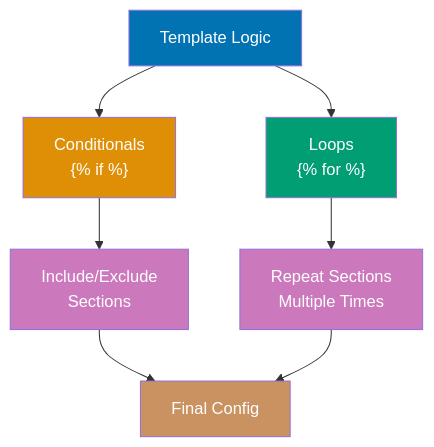
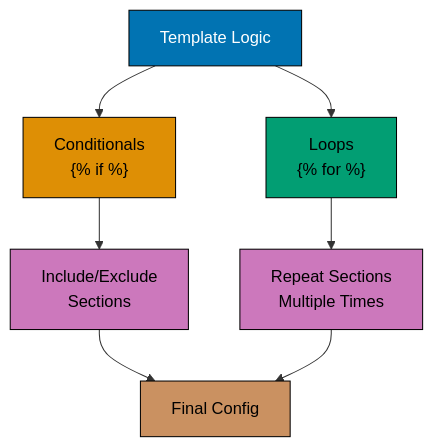
The seventh of 11 diagrams in apps/ayokoding-www/content/en/learn/legacy/software-engineering/infrastructure/tools/ansible/by-example/intermediate.md (wahidyankf/ose-public), drawn with Mermaid before and after one commit. The commit also changed other lines of this file and 131 other files, not shown here.

First line of the commit message:
fix(mermaid): bring the legacy data, infrastructure, and testing diagrams onto the accessible palette

````diff
--- a/apps/ayokoding-www/content/en/learn/legacy/software-engineering/infrastructure/tools/ansible/by-example/intermediate.md
+++ b/apps/ayokoding-www/content/en/learn/legacy/software-engineering/infrastructure/tools/ansible/by-example/intermediate.md
@@ -1705,17 +1747,25 @@
 ```mermaid
 %% Color Palette: Blue #0173B2, Orange #DE8F05, Teal #029E73, Purple #CC78BC, Brown #CA9161
 graph TD
+ accTitle: Example 39: Jinja2 Conditionals and Loops
+ accDescr: Graph with 6 nodes and 6 connections. Nodes: Template Logic, Conditionals if, Loops for, Include/Exclude Sections, Repeat Sections Multiple Times, Final Config. Connections: Template Logic to Conditionals if, Template Logic to Loops for, Conditionals if to Include/Exclude Sections, Loops for to Repeat Sections Multiple Times, Include/Exclude Sections to Final Config, Repeat Sections Multiple Times to Final Config.
  A["Template Logic"] --> B["Conditionals<br/>{% if %}"]
  A --> C["Loops<br/>{% for %}"]
  B --> D["Include/Exclude<br/>Sections"]
  C --> E["Repeat Sections<br/>Multiple Times"]
  D --> F["Final Config"]
  E --> F
 
- style A fill:#0173B2,color:#fff
- style B fill:#DE8F05,color:#fff
- style C fill:#029E73,color:#fff
- style D fill:#CC78BC,color:#fff
- style E fill:#CC78BC,color:#fff
- style F fill:#CA9161,color:#fff
+ classDef pal-0173B2 fill:#0173B2,stroke:#000000,color:#FFFFFF
+ class A pal-0173B2
+ classDef pal-DE8F05 fill:#DE8F05,stroke:#000000,color:#000000
+ class B pal-DE8F05
+ classDef pal-029E73 fill:#029E73,stroke:#000000,color:#000000
+ class C pal-029E73
+ classDef pal-CC78BC fill:#CC78BC,stroke:#000000,color:#000000
+ class D pal-CC78BC
+ class E pal-CC78BC
+ classDef pal-CA9161 fill:#CA9161,stroke:#000000,color:#000000
+ class F pal-CA9161
+ classDef default fill:#FFFFFF,stroke:#000000,color:#000000
 ```
````
